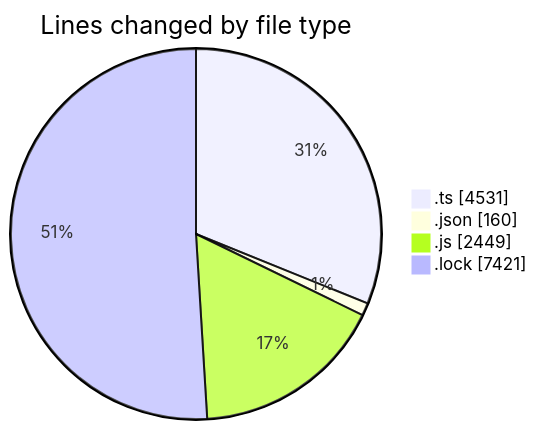
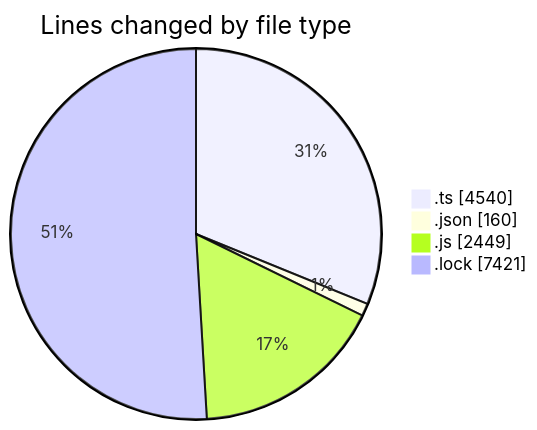
One commit to momahboobian/code-tracking changed the first of 2 diagrams in 2025-07-30/cda/README.md. Above: the diagram before and after it, drawn with Mermaid. The commit also changed other lines of this file and 1 other file, not shown here.

````diff
--- a/2025-07-30/cda/README.md
+++ b/2025-07-30/cda/README.md
@@ -31,8 +31,8 @@
 ```mermaid
 pie showData
 title Lines changed by file type
-".ts" : 4531
+".ts" : 4540
 ".json" : 160
 ".js" : 2449
 ".lock" : 7421
 ```
````
